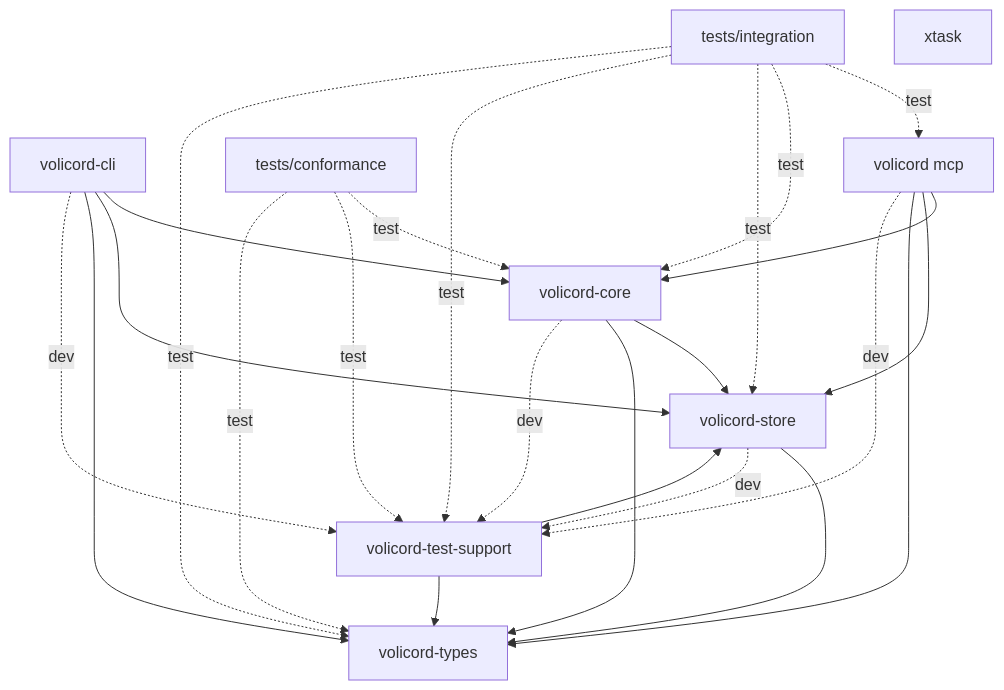
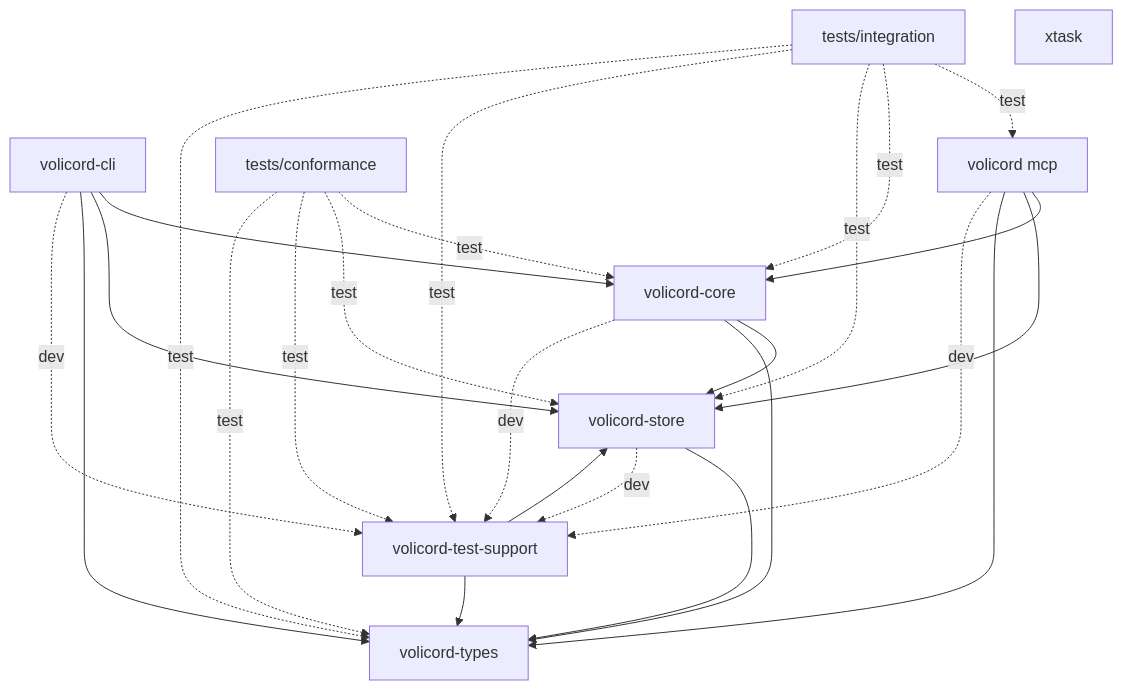
One commit to minjungw00/Volicord changed the second of 4 diagrams in docs/en/architecture-guide/architecture.md. Above: the diagram before and after it, drawn with Mermaid. The commit also changed other lines of this file and 6 other files, not shown here.

Commit message:
docs: split architecture source map

````diff
--- a/docs/en/architecture-guide/architecture.md
+++ b/docs/en/architecture-guide/architecture.md
@@ -126,37 +126,38 @@
 ```mermaid
 flowchart TD
   types["volicord-types"]
   store["volicord-store"]
   core["volicord-core"]
   cli["volicord-cli"]
   mcp["volicord mcp"]
   support["volicord-test-support"]
   conformance["tests/conformance"]
   integration["tests/integration"]
   xtask["xtask"]
 
   store --> types
   core --> store
   core --> types
   cli --> core
   cli --> store
   cli --> types
   mcp --> core
   mcp --> store
   mcp --> types
   support --> store
   support --> types
 
   store -. dev .-> support
   core -. dev .-> support
   cli -. dev .-> support
   mcp -. dev .-> support
   conformance -. test .-> core
+  conformance -. test .-> store
   conformance -. test .-> support
   conformance -. test .-> types
   integration -. test .-> mcp
   integration -. test .-> core
   integration -. test .-> store
   integration -. test .-> support
   integration -. test .-> types
 ```
````
